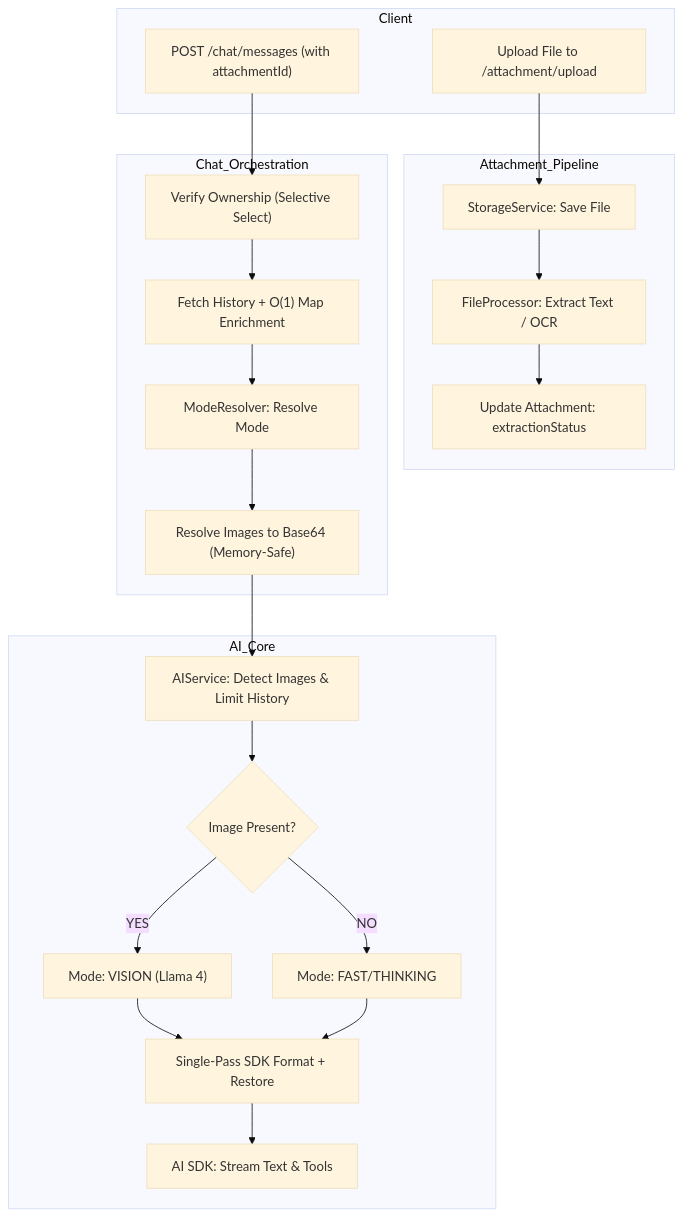
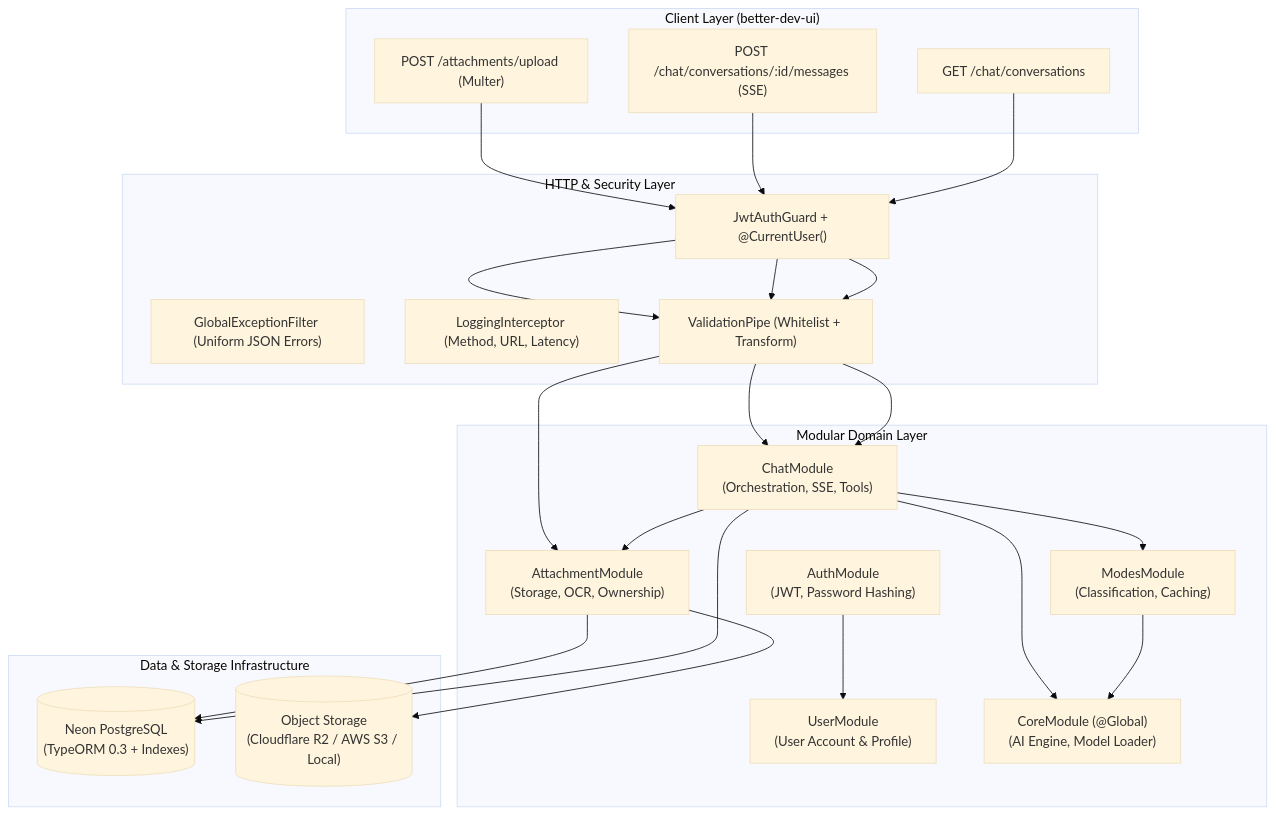
One commit to Kashif-Rezwi/better-dev-api changed the diagram in architectures/ARCHITECTURE_CURRENT.md. Above: the diagram before and after it, drawn with Mermaid (base theme). The commit also changed other lines of this file, not shown here.

Commit message:
docs: update current architecture specification with target modular standards

````diff
--- a/architectures/ARCHITECTURE_CURRENT.md
+++ b/architectures/ARCHITECTURE_CURRENT.md
@@ -63,41 +11,43 @@
 ```mermaid
 graph TD
-    subgraph Client
-        Upload["Upload File to /attachment/upload"]
-        ChatReq["POST /chat/messages (with attachmentId)"]
+    subgraph Client_Layer["Client Layer (better-dev-ui)"]
+        UI_Upload["POST /attachments/upload (Multer)"]
+        UI_Chat["POST /chat/conversations/:id/messages (SSE)"]
+        UI_List["GET /chat/conversations"]
     end
 
-    subgraph Attachment_Pipeline
-        Store["StorageService: Save File"]
-        Process["FileProcessor: Extract Text / OCR"]
-        UpdateDB["Update Attachment: extractionStatus"]
+    subgraph HTTP_Middleware["HTTP & Security Layer"]
+        Guard["JwtAuthGuard + @CurrentUser()"]
+        Filter["GlobalExceptionFilter (Uniform JSON Errors)"]
+        Logging["LoggingInterceptor (Method, URL, Latency)"]
+        Validation["ValidationPipe (Whitelist + Transform)"]
     end
 
-    subgraph Chat_Orchestration
-        Verify["Verify Ownership (Selective Select)"]
-        Fetch["Fetch History + O(1) Map Enrichment"]
-        Resolve["ModeResolver: Resolve Mode"]
-        ImageRes["Resolve Images to Base64 (Memory-Safe)"]
+    subgraph Application_Modules["Modular Domain Layer"]
+        AuthM["AuthModule<br/>(JWT, Password Hashing)"]
+        UserM["UserModule<br/>(User Account & Profile)"]
+        AttachM["AttachmentModule<br/>(Storage, OCR, Ownership)"]
+        ChatM["ChatModule<br/>(Orchestration, SSE, Tools)"]
+        ModesM["ModesModule<br/>(Classification, Caching)"]
+        CoreM["CoreModule (@Global)<br/>(AI Engine, Model Loader)"]
     end
 
-    subgraph AI_Core
-        Detect["AIService: Detect Images & Limit History"]
-        Switch{"Image Present?"}
-        Vision["Mode: VISION (Llama 4)"]
-        Text["Mode: FAST/THINKING"]
-        Restore["Single-Pass SDK Format + Restore"]
-        Stream["AI SDK: Stream Text & Tools"]
+    subgraph Data_Layer["Data & Storage Infrastructure"]
+        Postgres[("Neon PostgreSQL<br/>(TypeORM 0.3 + Indexes)")]
+        Storage[("Object Storage<br/>(Cloudflare R2 / AWS S3 / Local)")]
     end
 
-    Upload --> Store --> Process --> UpdateDB
-    
-    ChatReq --> Verify --> Fetch --> Resolve --> ImageRes --> Detect
-    
-    Detect --> Switch
-    Switch -- YES --> Vision
-    Switch -- NO --> Text
-    
-    Vision --> Restore
-    Text --> Restore
-    Restore --> Stream
+    UI_Upload --> Guard --> Validation --> AttachM
+    UI_Chat --> Guard --> Validation --> ChatM
+    UI_List --> Guard --> Validation --> ChatM
+
+    AuthM --> UserM
+    AttachM --> Postgres
+    AttachM --> Storage
+
+    ChatM --> ModesM
+    ChatM --> AttachM
+    ChatM --> CoreM
+    ChatM --> Postgres
+    ModesM --> CoreM
 ```
````
